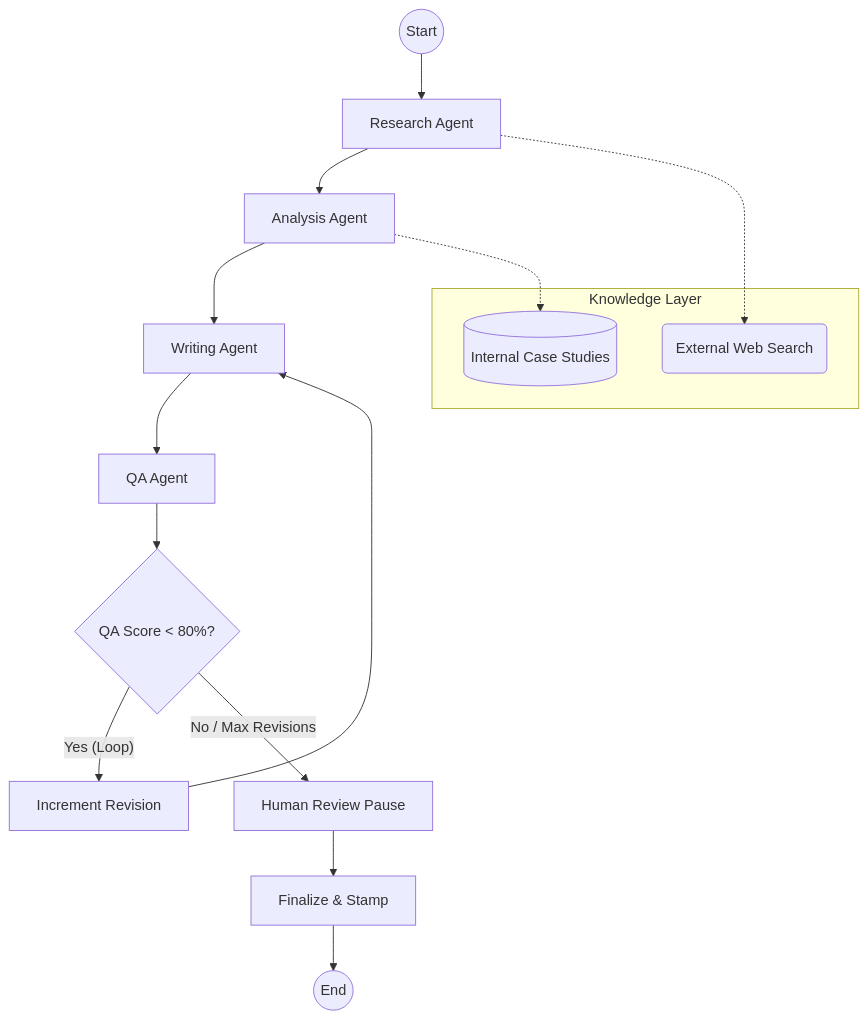
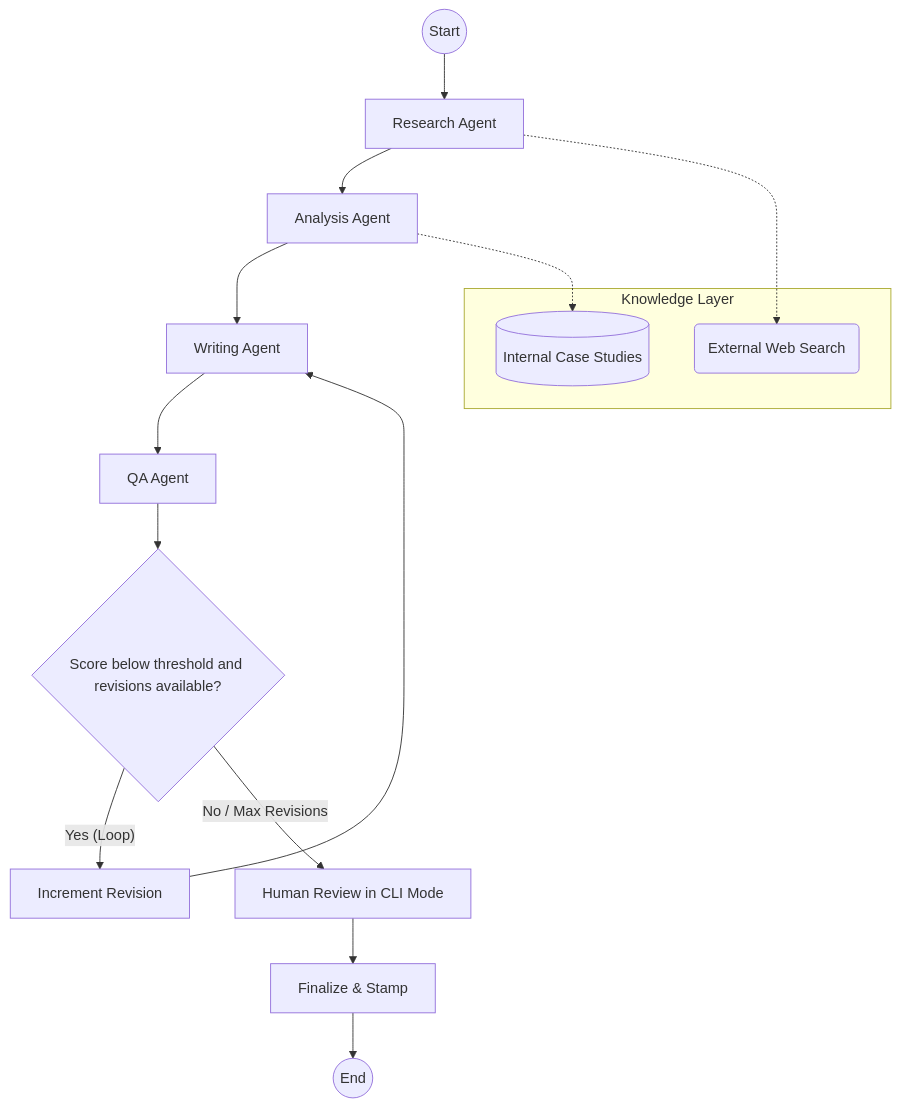
The diagram in README.md (Drizer909/Multi-agent-B2B-research-and-proposal-generator), drawn with Mermaid before and after one commit. The commit also changed other lines of this file and 25 other files, not shown here.

````diff
--- a/README.md
+++ b/README.md
@@ -33,23 +33,23 @@
 ```mermaid
 graph TD
     Start((Start)) --> Research[Research Agent]
     Research --> Analysis[Analysis Agent]
     Analysis --> Writing[Writing Agent]
     Writing --> QA[QA Agent]
     
-    QA --> ScoreCheck{QA Score < 80%?}
+    QA --> ScoreCheck{Score below threshold and revisions available?}
     ScoreCheck -- "Yes (Loop)" --> Rewriting[Increment Revision]
     Rewriting --> Writing
     
-    ScoreCheck -- "No / Max Revisions" --> HumanReview[Human Review Pause]
+    ScoreCheck -- "No / Max Revisions" --> HumanReview[Human Review in CLI Mode]
     HumanReview --> Finalize[Finalize & Stamp]
     Finalize --> End((End))
 
     subgraph "Knowledge Layer"
         ChromaDB[(Internal Case Studies)]
         Tavily(External Web Search)
     end
     
     Research -.-> Tavily
     Analysis -.-> ChromaDB
 ```
````
